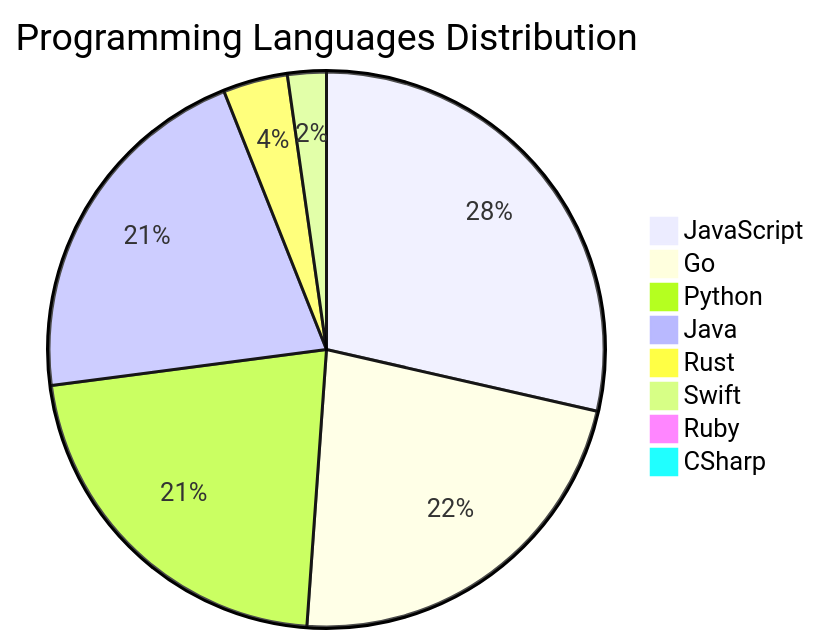
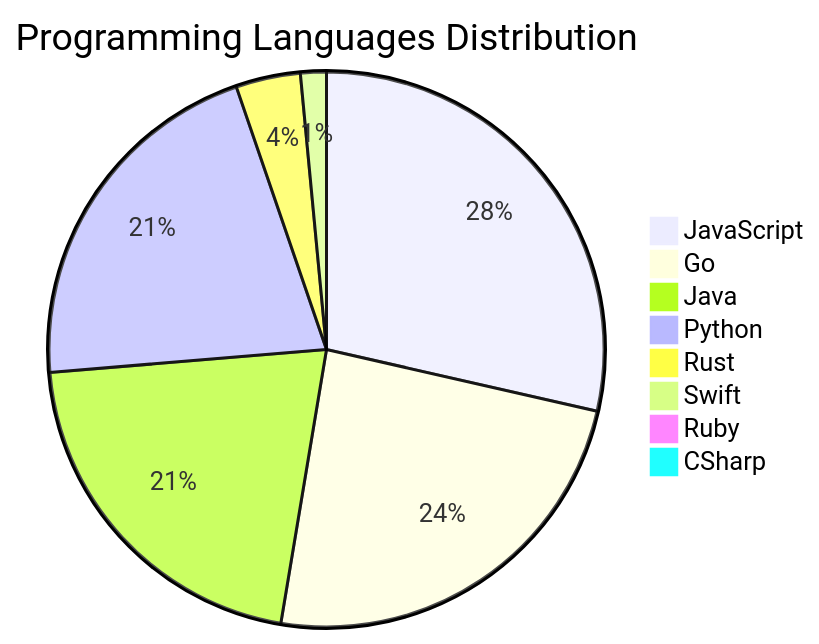
Before and after one commit to Derrick-MUGISHA/github-activity-bot: the diagram in README.md, drawn with Mermaid. The commit also changed other lines of this file and 4 other files, not shown here.

````diff
--- a/README.md
+++ b/README.md
@@ -208,11 +208,11 @@
 ```mermaid
 pie title Programming Languages Distribution
     "JavaScript" : 38
-    "Go" : 30
-    "Python" : 29
+    "Go" : 32
     "Java" : 28
+    "Python" : 28
     "Rust" : 5
-    "Swift" : 3
+    "Swift" : 2
     "Ruby" : 1
     "CSharp" : 1
 ```
````
